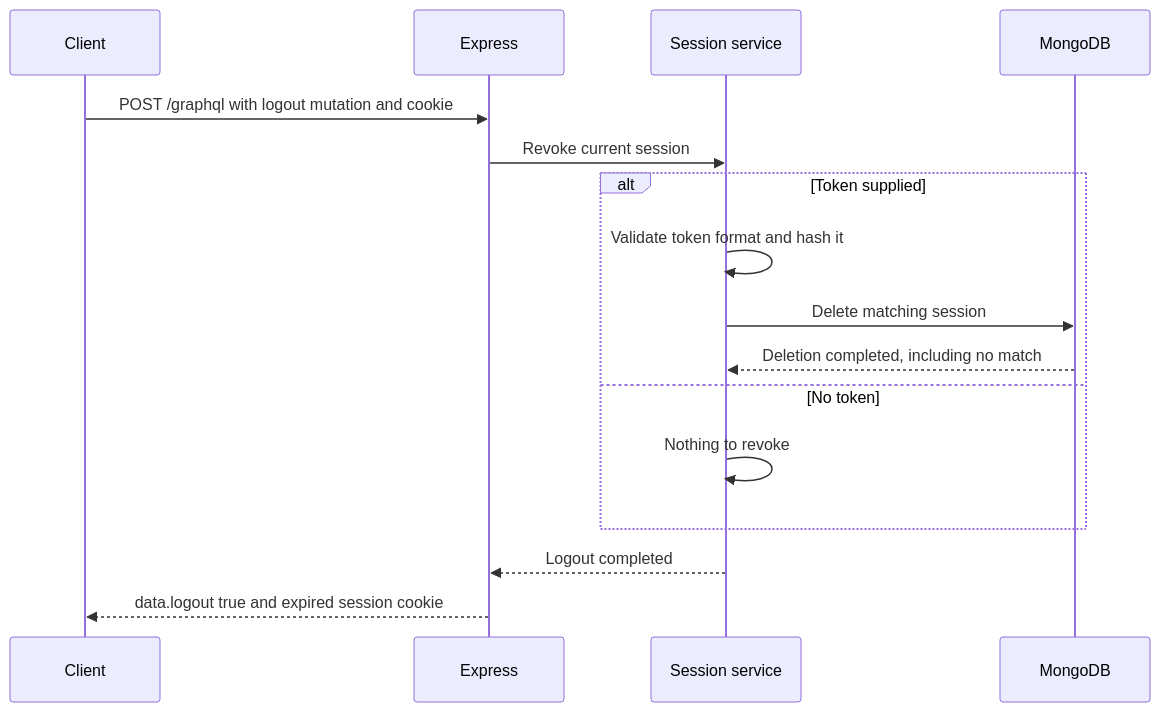
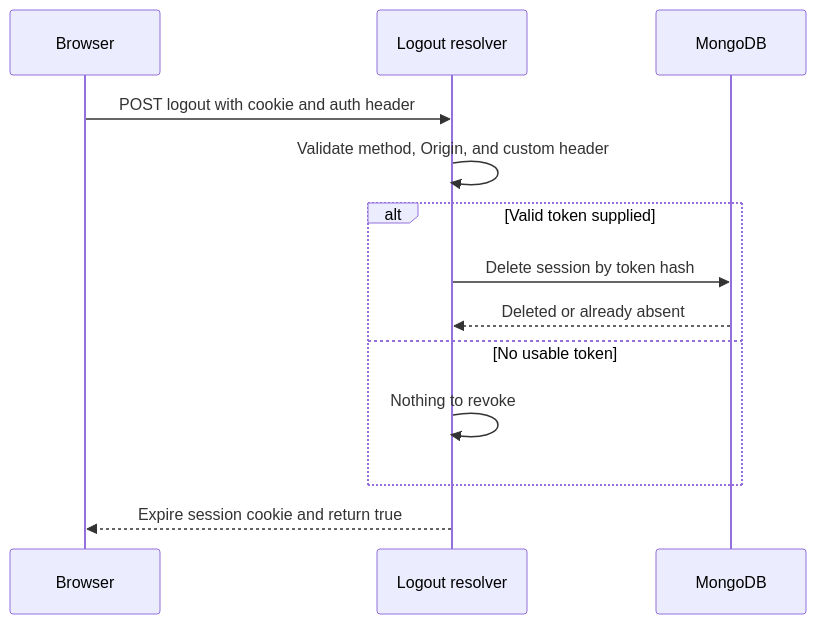
One commit to aruprakshit/GraphQL-Engineering-Lab changed the third of 3 diagrams in docs/authentication/README.md. Above: the diagram before and after it, drawn with Mermaid. The commit also changed other lines of this file and 3 other files, not shown here.

Commit message:
Document implemented GraphQL session authentication flows

````diff
--- a/docs/authentication/README.md
+++ b/docs/authentication/README.md
@@ -197,21 +171,16 @@
 ```mermaid
 sequenceDiagram
-    participant C as Client
-    participant E as Express
-    participant S as Session service
+    participant C as Browser
+    participant R as Logout resolver
     participant D as MongoDB
 
-    C->>E: POST /graphql with logout mutation and cookie
-    E->>S: Revoke current session
-
-    alt Token supplied
-        S->>S: Validate token format and hash it
-        S->>D: Delete matching session
-        D-->>S: Deletion completed, including no match
-    else No token
-        S->>S: Nothing to revoke
+    C->>R: POST logout with cookie and auth header
+    R->>R: Validate method, Origin, and custom header
+    alt Valid token supplied
+        R->>D: Delete session by token hash
+        D-->>R: Deleted or already absent
+    else No usable token
+        R->>R: Nothing to revoke
     end
-
-    S-->>E: Logout completed
-    E-->>C: data.logout true and expired session cookie
+    R-->>C: Expire session cookie and return true
 ```
````
